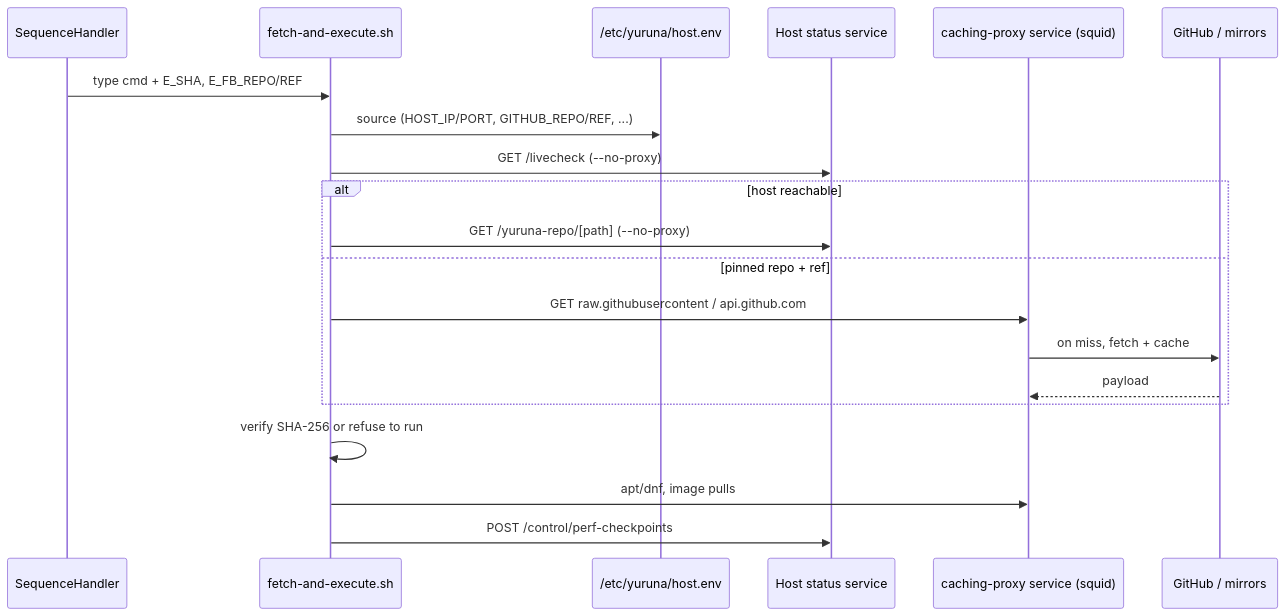
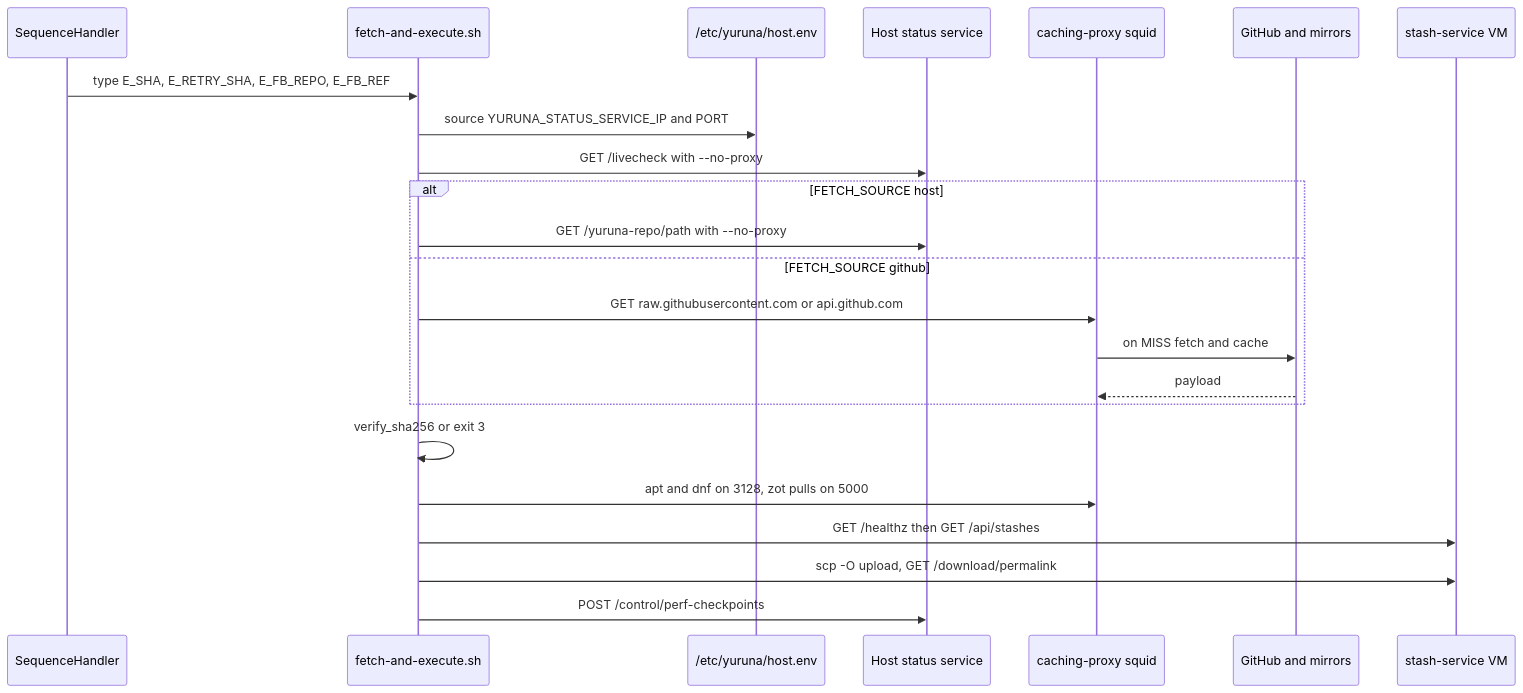
The third of 6 diagrams in docs/design/03-data-flows.md (alissonsol/yuruna), drawn with Mermaid before and after one commit. The commit also changed other lines of this file and 652 other files, not shown here.

````diff
--- a/docs/design/03-data-flows.md
+++ b/docs/design/03-data-flows.md
@@ -108,23 +220,26 @@
 ```mermaid
 sequenceDiagram
     participant Harness as SequenceHandler
     participant Guest as fetch-and-execute.sh
     participant HostEnv as /etc/yuruna/host.env
     participant StatusSrv as Host status service
-    participant Proxy as caching-proxy service (squid)
-    participant Upstream as GitHub / mirrors
+    participant Proxy as caching-proxy squid
+    participant Upstream as GitHub and mirrors
+    participant Stash as stash-service VM
 
-    Harness->>Guest: type cmd + E_SHA, E_FB_REPO/REF
-    Guest->>HostEnv: source (HOST_IP/PORT, GITHUB_REPO/REF, ...)
-    Guest->>StatusSrv: GET /livecheck (--no-proxy)
-    alt host reachable
-        Guest->>StatusSrv: GET /yuruna-repo/[path] (--no-proxy)
-    else pinned repo + ref
-        Guest->>Proxy: GET raw.githubusercontent / api.github.com
-        Proxy->>Upstream: on miss, fetch + cache
+    Harness->>Guest: type E_SHA, E_RETRY_SHA, E_FB_REPO, E_FB_REF
+    Guest->>HostEnv: source YURUNA_STATUS_SERVICE_IP and PORT
+    Guest->>StatusSrv: GET /livecheck with --no-proxy
+    alt FETCH_SOURCE host
+        Guest->>StatusSrv: GET /yuruna-repo/path with --no-proxy
+    else FETCH_SOURCE github
+        Guest->>Proxy: GET raw.githubusercontent.com or api.github.com
+        Proxy->>Upstream: on MISS fetch and cache
         Upstream-->>Proxy: payload
     end
-    Guest->>Guest: verify SHA-256 or refuse to run
-    Guest->>Proxy: apt/dnf, image pulls
+    Guest->>Guest: verify_sha256 or exit 3
+    Guest->>Proxy: apt and dnf on 3128, zot pulls on 5000
+    Guest->>Stash: GET /healthz then GET /api/stashes
+    Guest->>Stash: scp -O upload, GET /download/permalink
     Guest->>StatusSrv: POST /control/perf-checkpoints
 ```
````
